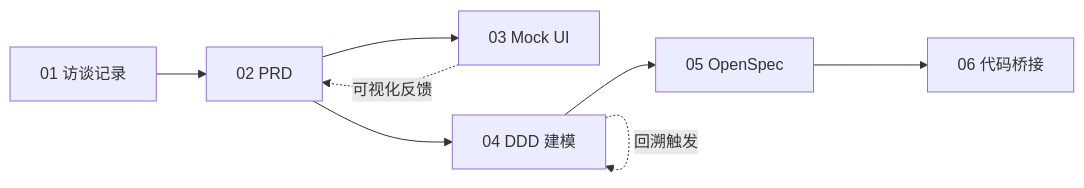
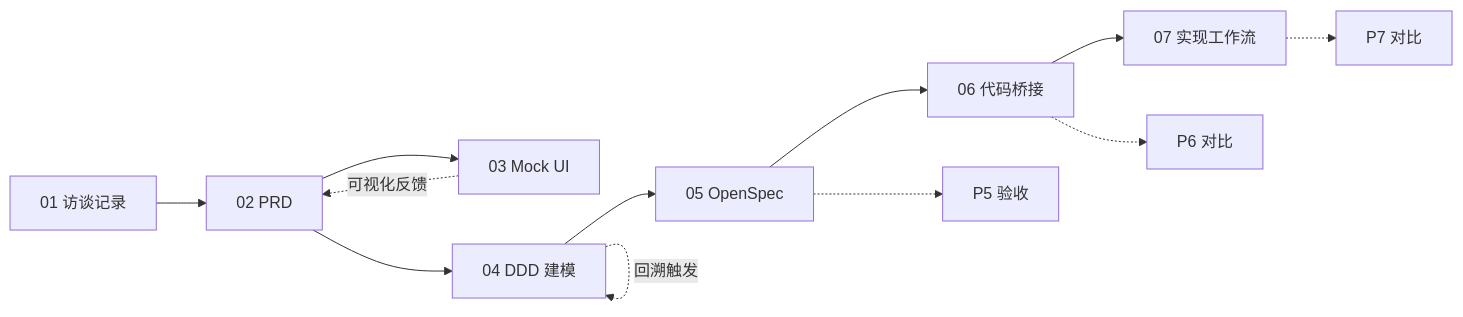
One commit to ForceInjection/ai-native-devops changed the diagram in cloudpilot-case/README.md. Above: the diagram before and after it, drawn with Mermaid. The commit also changed other lines of this file and 6 other files, not shown here.

````diff
--- a/cloudpilot-case/README.md
+++ b/cloudpilot-case/README.md
@@ -20,10 +21,14 @@
 ```mermaid
 graph LR
     A[01 访谈记录] --> B[02 PRD]
     B --> C[03 Mock UI]
     B --> D[04 DDD 建模]
     D --> E[05 OpenSpec]
     E --> F[06 代码桥接]
+    F --> G[07 实现工作流]
+    E -.-> H[P5 验收]
+    F -.-> I[P6 对比]
+    G -.-> J[P7 对比]
     C -.可视化反馈.-> B
     D -.回溯触发.-> D
 ```
````
